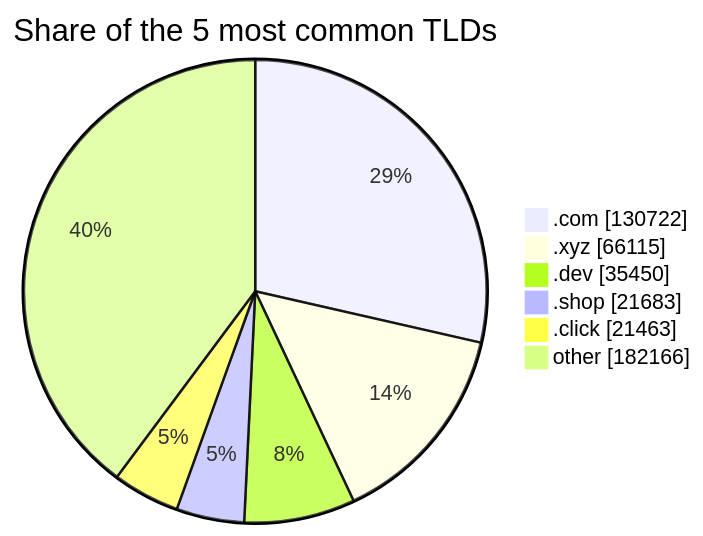
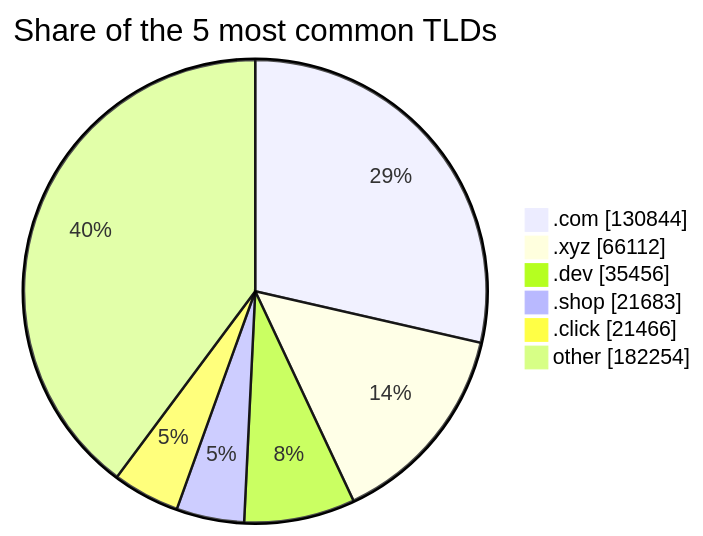
Before and after one commit to DNSBunker/CTI: the third of 3 diagrams in README.md, drawn with Mermaid. The commit also changed other lines of this file and 3 other files, not shown here.

````diff
--- a/README.md
+++ b/README.md
@@ -81,9 +81,9 @@
 ```mermaid
 pie showData title Share of the 5 most common TLDs
-    ".com" : 130722
-    ".xyz" : 66115
-    ".dev" : 35450
+    ".com" : 130844
+    ".xyz" : 66112
+    ".dev" : 35456
     ".shop" : 21683
-    ".click" : 21463
-    "other" : 182166
+    ".click" : 21466
+    "other" : 182254
 ```
````
